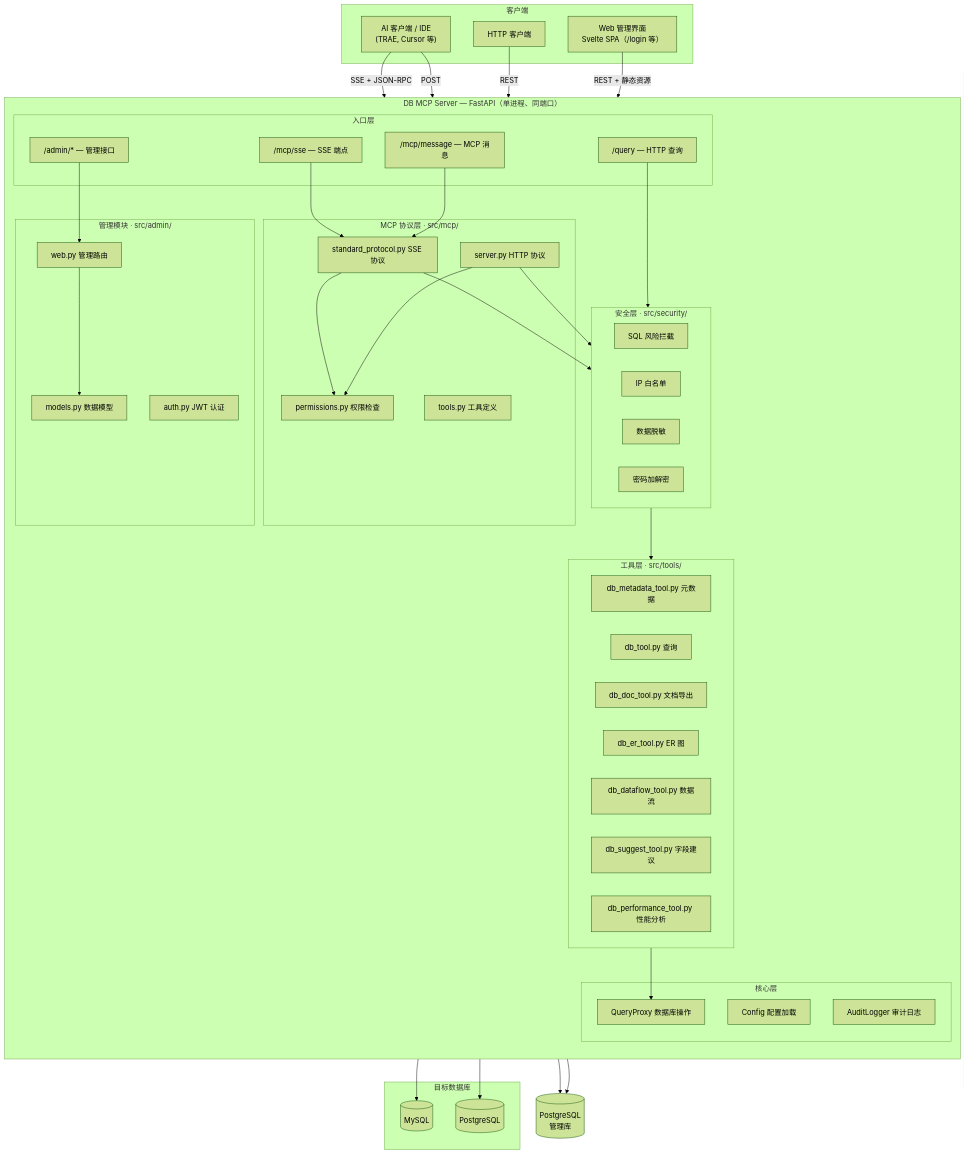
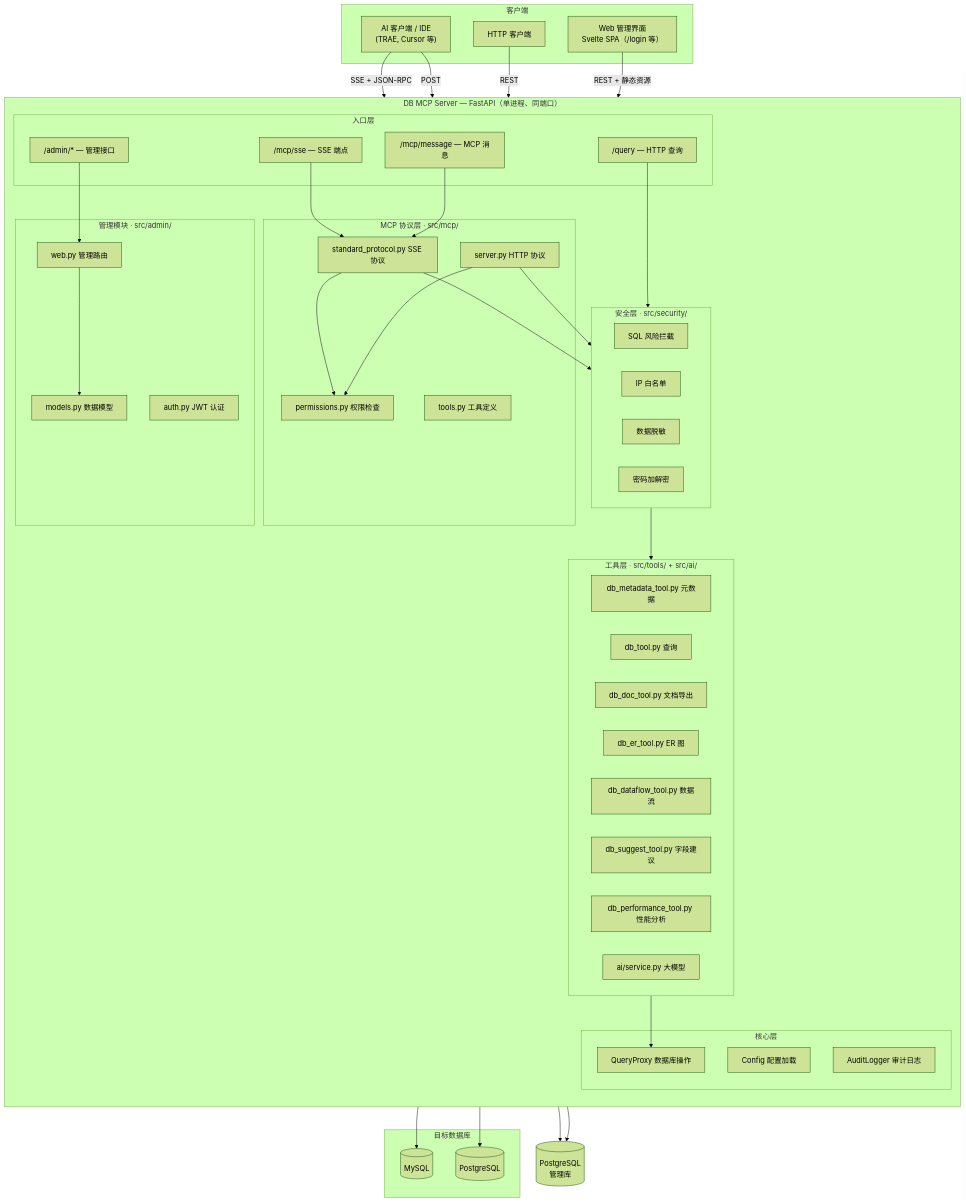
Before and after one commit to redgreat/db_mcp_server: the diagram in README.md, drawn with Mermaid (forest theme). The commit also changed other lines of this file and 1 other file, not shown here.

```diff
--- a/README.md
+++ b/README.md
@@ -47,7 +49,7 @@
             SECRET["密码加解密"]
         end
 
-        subgraph Tools_Layer["工具层 · src/tools/"]
+        subgraph Tools_Layer["工具层 · src/tools/ + src/ai/"]
             META_TOOL["db_metadata_tool.py 元数据"]
             DB_TOOL["db_tool.py 查询"]
             DOC_TOOL["db_doc_tool.py 文档导出"]
@@ -55,6 +57,7 @@
             FLOW_TOOL["db_dataflow_tool.py 数据流"]
             SUGGEST_TOOL["db_suggest_tool.py 字段建议"]
             PERF_TOOL["db_performance_tool.py 性能分析"]
+            AI_SVC["ai/service.py 大模型"]
         end
 
         subgraph Core["核心层"]
```
